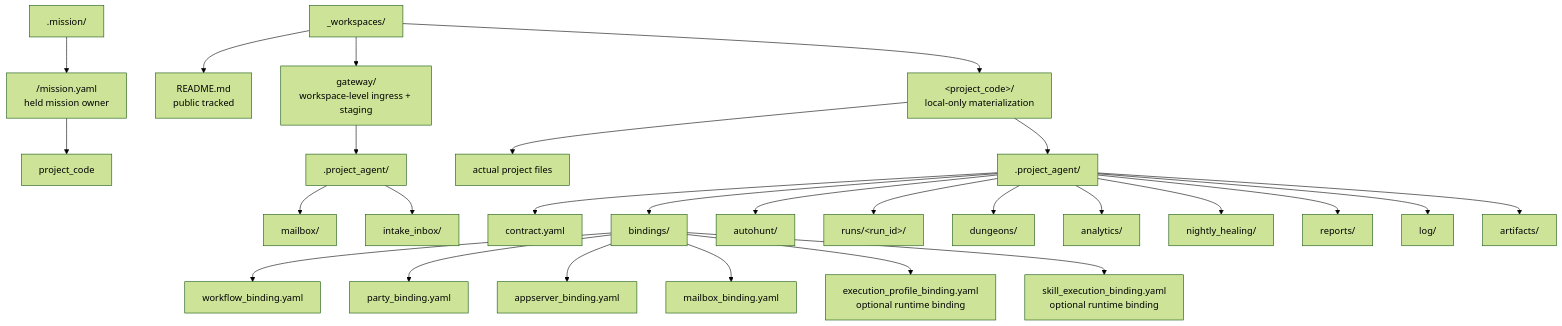
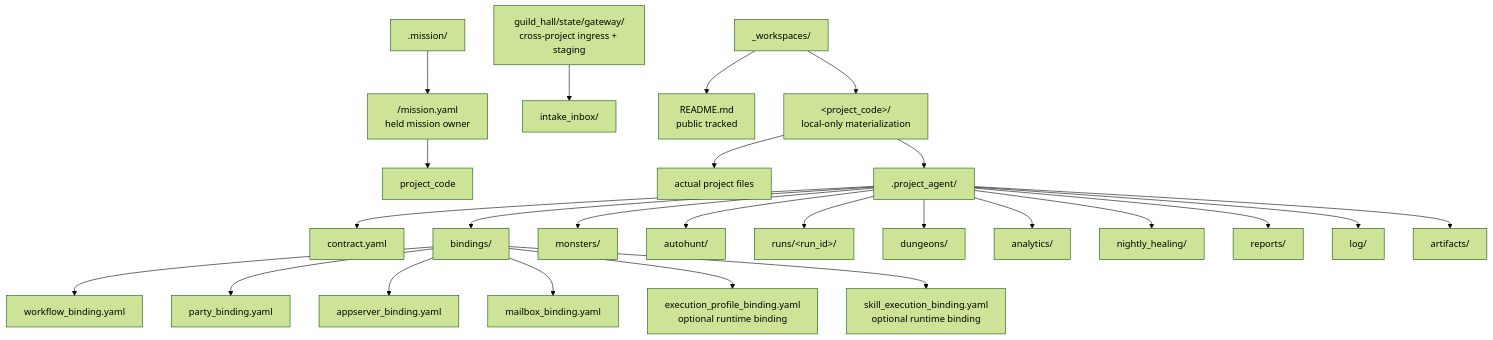
One commit to SungYongMOON/soulforge changed the diagram in docs/architecture/workspace/WORKSPACE_PROJECT_MODEL.md. Above: the diagram before and after it, drawn with Mermaid (forest theme). The commit also changed other lines of this file and 230 other files, not shown here.

Commit message:
feat: guild_hall state 구조 잠금과 이식성 정리

````diff
--- a/docs/architecture/workspace/WORKSPACE_PROJECT_MODEL.md
+++ b/docs/architecture/workspace/WORKSPACE_PROJECT_MODEL.md
@@ -13,29 +13,27 @@
 ```mermaid
 flowchart TD
   MI[".mission/"] --> MP["<mission_id>/mission.yaml<br/>held mission owner"]
   MP --> PJ["project_code"]
+  GH["guild_hall/state/gateway/<br/>cross-project ingress + staging"] --> GHI["intake_inbox/"]
   W["_workspaces/"] --> R["README.md<br/>public tracked"]
-  W --> MH["gateway/<br/>workspace-level ingress + staging"]
   W --> P["&lt;project_code&gt;/<br/>local-only materialization"]
-  MH --> MPA[".project_agent/"]
-  MPA --> MBX["mailbox/"]
-  MPA --> MIH["intake_inbox/"]
   P --> F["actual project files"]
   P --> PA[".project_agent/"]
   PA --> C["contract.yaml"]
   PA --> B["bindings/"]
+  PA --> PM["monsters/"]
   PA --> AH["autohunt/"]
   B --> WB["workflow_binding.yaml"]
   B --> PB["party_binding.yaml"]
   B --> AB["appserver_binding.yaml"]
   B --> MB["mailbox_binding.yaml"]
   B --> EP["execution_profile_binding.yaml<br/>optional runtime binding"]
   B --> SB["skill_execution_binding.yaml<br/>optional runtime binding"]
   PA --> RUN["runs/&lt;run_id&gt;/"]
   PA --> D["dungeons/"]
   PA --> A["analytics/"]
   PA --> N["nightly_healing/"]
   PA --> RP["reports/"]
   PA --> LOG["log/"]
   PA --> AR["artifacts/"]
 ```
````
